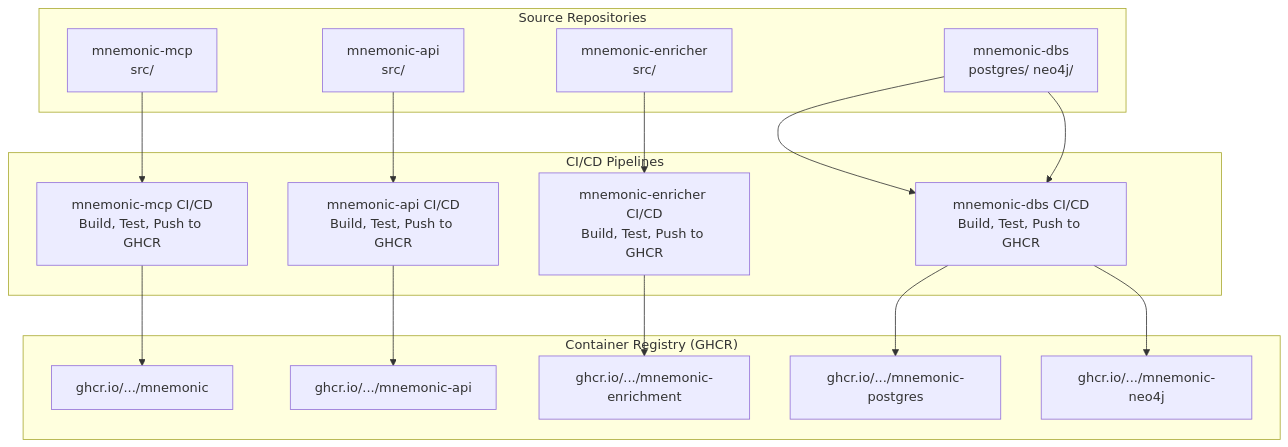
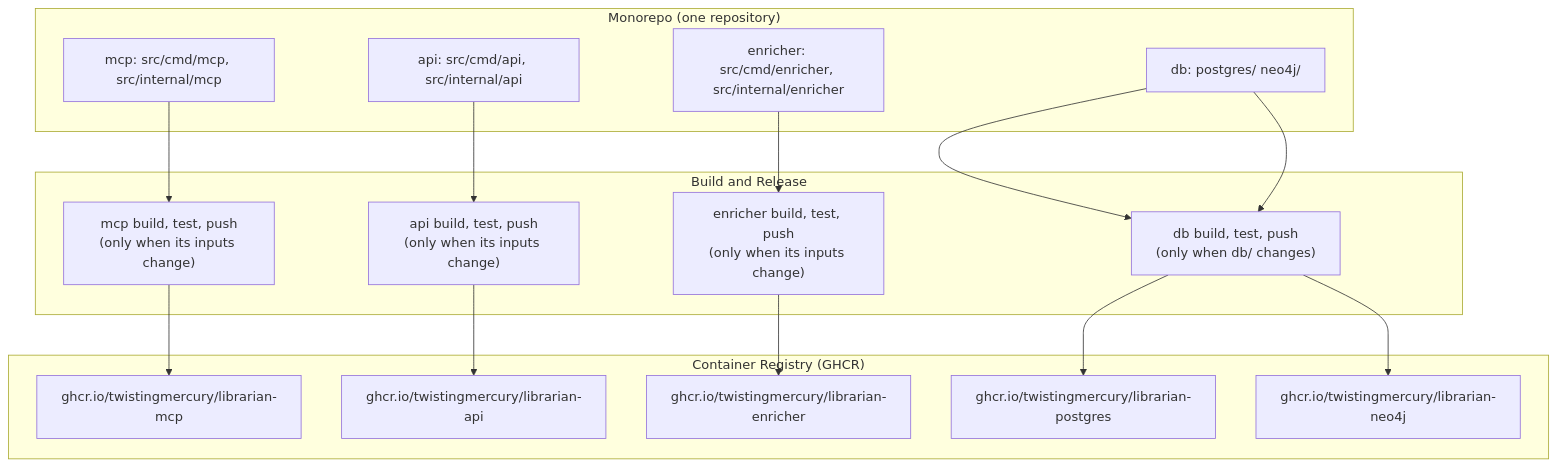
Before and after one commit to twistingmercury/mnemonic: the fifth of 5 diagrams in docs/design/architecture/system/06-deployment-architecture.md, drawn with Mermaid. The commit also changed other lines of this file and 35 other files, not shown here.

````diff
--- a/docs/design/architecture/system/06-deployment-architecture.md
+++ b/docs/design/architecture/system/06-deployment-architecture.md
@@ -315,30 +314,30 @@
 ```mermaid
 graph TB
-    subgraph "Source Repositories"
-        MCP_SRC[mnemonic-mcp<br/>src/]
-        API_SRC[mnemonic-api<br/>src/]
-        ENR_SRC[mnemonic-enricher<br/>src/]
-        DBS_SRC[mnemonic-dbs<br/>postgres/ neo4j/]
+    subgraph "Monorepo (one repository)"
+        MCP_SRC["mcp: src/cmd/mcp, src/internal/mcp"]
+        API_SRC["api: src/cmd/api, src/internal/api"]
+        ENR_SRC["enricher: src/cmd/enricher, src/internal/enricher"]
+        DBS_SRC["db: postgres/ neo4j/"]
     end
 
-    subgraph "CI/CD Pipelines"
-        MCP_CI[mnemonic-mcp CI/CD<br/>Build, Test, Push to GHCR]
-        API_CI[mnemonic-api CI/CD<br/>Build, Test, Push to GHCR]
-        ENR_CI[mnemonic-enricher CI/CD<br/>Build, Test, Push to GHCR]
-        DBS_CI[mnemonic-dbs CI/CD<br/>Build, Test, Push to GHCR]
+    subgraph "Build and Release"
+        MCP_CI["mcp build, test, push<br/>(only when its inputs change)"]
+        API_CI["api build, test, push<br/>(only when its inputs change)"]
+        ENR_CI["enricher build, test, push<br/>(only when its inputs change)"]
+        DBS_CI["db build, test, push<br/>(only when db/ changes)"]
     end
 
     subgraph "Container Registry (GHCR)"
-        MCP_IMG[ghcr.io/.../mnemonic]
-        API_IMG[ghcr.io/.../mnemonic-api]
-        ENR_IMG[ghcr.io/.../mnemonic-enrichment]
-        PG_IMG[ghcr.io/.../mnemonic-postgres]
-        NEO_IMG[ghcr.io/.../mnemonic-neo4j]
+        MCP_IMG[ghcr.io/twistingmercury/librarian-mcp]
+        API_IMG[ghcr.io/twistingmercury/librarian-api]
+        ENR_IMG[ghcr.io/twistingmercury/librarian-enricher]
+        PG_IMG[ghcr.io/twistingmercury/librarian-postgres]
+        NEO_IMG[ghcr.io/twistingmercury/librarian-neo4j]
     end
 
     MCP_SRC --> MCP_CI --> MCP_IMG
     API_SRC --> API_CI --> API_IMG
     ENR_SRC --> ENR_CI --> ENR_IMG
     DBS_SRC --> DBS_CI --> PG_IMG
     DBS_SRC --> DBS_CI --> NEO_IMG
 ```
````
